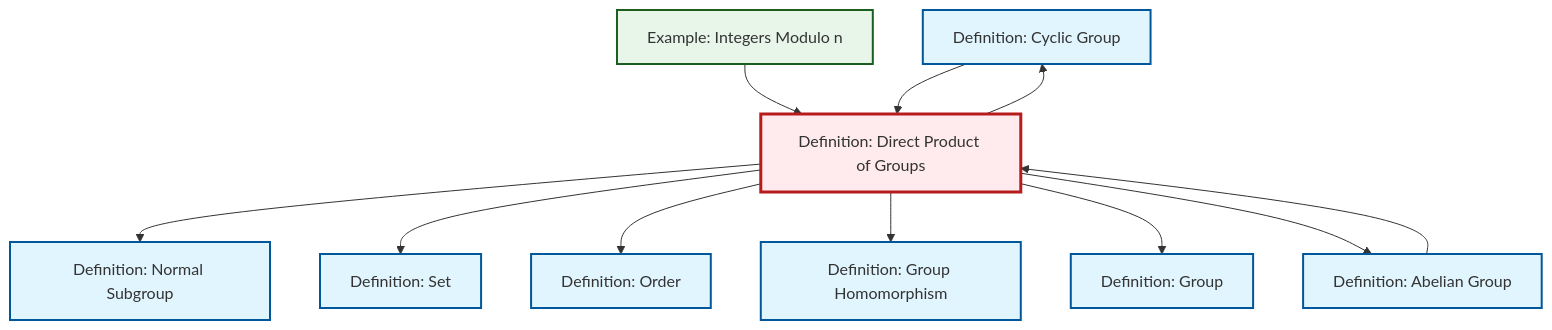
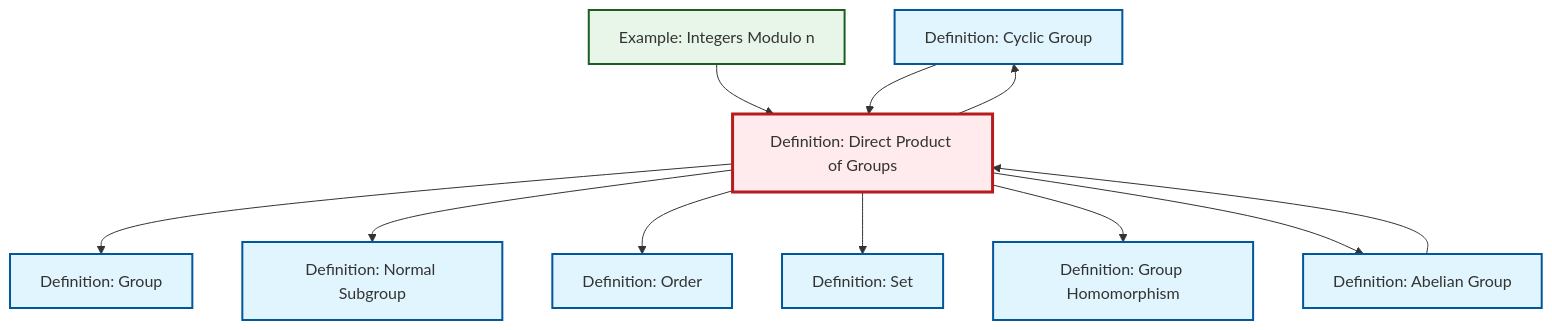
One commit to RK0429/ModernMath changed the diagram in content/en/algebra/def-direct-product.qmd. Above: the diagram before and after it, drawn with Mermaid. The commit also changed other lines of this file and 328 other files, not shown here.

````diff
--- a/content/en/algebra/def-direct-product.qmd
+++ b/content/en/algebra/def-direct-product.qmd
@@ -107,37 +107,37 @@
 ```{mermaid}
 %%| fig-cap: "Local dependency graph"
 graph TD
     classDef definition fill:#e1f5fe,stroke:#01579b,stroke-width:2px
     classDef theorem fill:#f3e5f5,stroke:#4a148c,stroke-width:2px
     classDef axiom fill:#fff3e0,stroke:#e65100,stroke-width:2px
     classDef example fill:#e8f5e9,stroke:#1b5e20,stroke-width:2px
     classDef current fill:#ffebee,stroke:#b71c1c,stroke-width:3px
+    def-normal-subgroup["Definition: Normal Subgroup"]:::definition
+    def-order["Definition: Order"]:::definition
+    def-cyclic-group["Definition: Cyclic Group"]:::definition
+    ex-quotient-integers-mod-n["Example: Integers Modulo n"]:::example
+    def-abelian-group["Definition: Abelian Group"]:::definition
+    def-direct-product["Definition: Direct Product of Groups"]:::definition
     def-set["Definition: Set"]:::definition
-    def-normal-subgroup["Definition: Normal Subgroup"]:::definition
-    def-cyclic-group["Definition: Cyclic Group"]:::definition
-    def-order["Definition: Order"]:::definition
-    def-direct-product["Definition: Direct Product of Groups"]:::definition
-    ex-quotient-integers-mod-n["Example: Integers Modulo n"]:::example
+    def-group["Definition: Group"]:::definition
     def-homomorphism["Definition: Group Homomorphism"]:::definition
-    def-group["Definition: Group"]:::definition
-    def-abelian-group["Definition: Abelian Group"]:::definition
+    def-direct-product --> def-group
     def-direct-product --> def-normal-subgroup
     ex-quotient-integers-mod-n --> def-direct-product
+    def-direct-product --> def-order
     def-direct-product --> def-set
-    def-direct-product --> def-order
+    def-direct-product --> def-homomorphism
     def-cyclic-group --> def-direct-product
+    def-direct-product --> def-cyclic-group
     def-abelian-group --> def-direct-product
-    def-direct-product --> def-homomorphism
-    def-direct-product --> def-cyclic-group
-    def-direct-product --> def-group
     def-direct-product --> def-abelian-group
     class def-direct-product current
+    click def-normal-subgroup "def-normal-subgroup.html" "Go to Normal Subgroup definition"
+    click def-order "def-order.html" "Go to Order definition"
+    click def-cyclic-group "def-cyclic-group.html" "Go to Cyclic Group definition"
+    click ex-quotient-integers-mod-n "ex-quotient-integers-mod-n.html" "Go to Integers Modulo n example"
+    click def-abelian-group "def-abelian-group.html" "Go to Abelian Group definition"
     click def-set "def-set.html" "Go to Set definition"
-    click def-normal-subgroup "def-normal-subgroup.html" "Go to Normal Subgroup definition"
-    click def-cyclic-group "def-cyclic-group.html" "Go to Cyclic Group definition"
-    click def-order "def-order.html" "Go to Order definition"
-    click ex-quotient-integers-mod-n "ex-quotient-integers-mod-n.html" "Go to Integers Modulo n example"
+    click def-group "def-group.html" "Go to Group definition"
     click def-homomorphism "def-homomorphism.html" "Go to Group Homomorphism definition"
-    click def-group "def-group.html" "Go to Group definition"
-    click def-abelian-group "def-abelian-group.html" "Go to Abelian Group definition"
 ```
````
